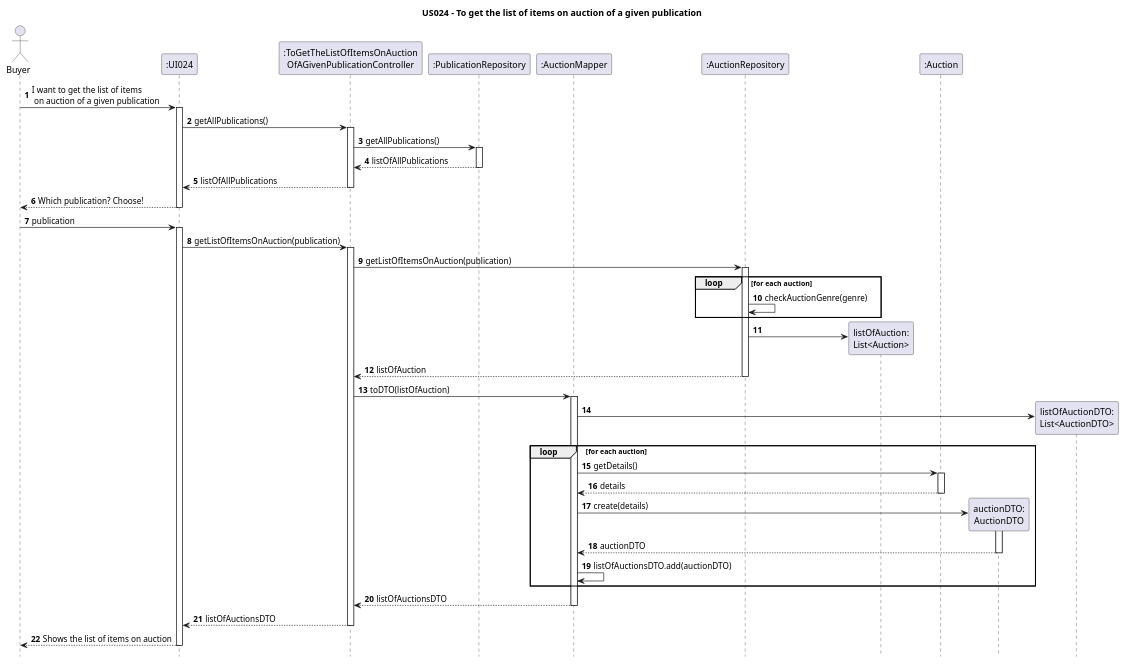
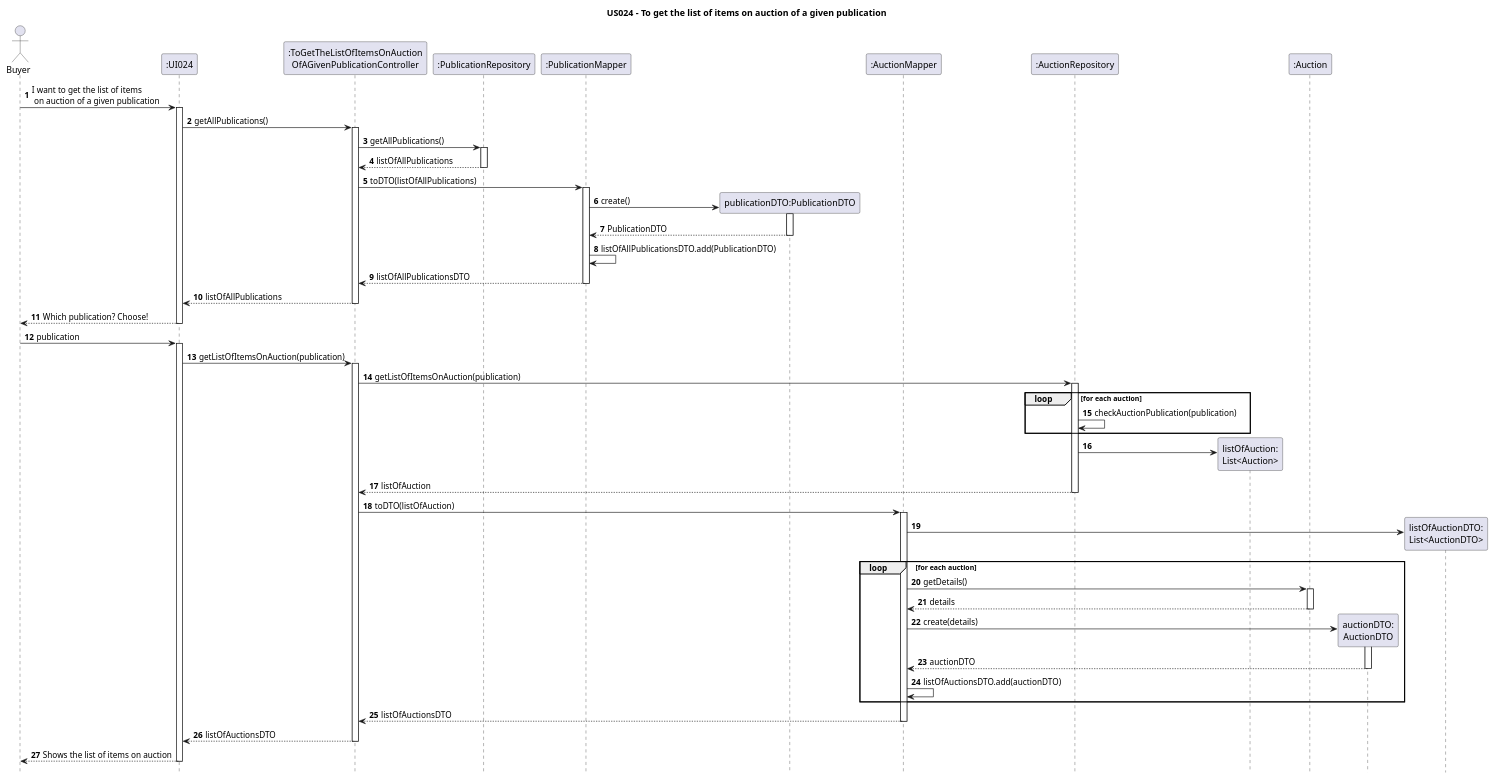
Before and after one commit to AndrePereiraGitH/SWitCH-Project-Team_A: the diagram in Diagrams/SequenceDiagrams/N2/US024-to-get-the-list-of-items-on-auction-of-a-given-publication.puml, drawn with PlantUML.

Commit message:
Working on #72, updated SD for US024

```diff
--- a/Diagrams/SequenceDiagrams/N2/US024-to-get-the-list-of-items-on-auction-of-a-given-publication.puml
+++ b/Diagrams/SequenceDiagrams/N2/US024-to-get-the-list-of-items-on-auction-of-a-given-publication.puml
@@ -1,77 +1,91 @@
 @startuml
 
 hide footbox
 autonumber
 title US024 - To get the list of items on auction of a given publication
 
 ' Participants
 actor Buyer
 participant ":UI024" as UI024
 participant ":ToGetTheListOfItemsOnAuction\nOfAGivenPublicationController" as Ctrl
 participant ":PublicationRepository" as PublicationRepository
+participant ":PublicationMapper" as PubMapper
+participant "publicationDTO:PublicationDTO" as PubDTO
 participant ":AuctionMapper" as Mapper
 participant ":AuctionRepository" as AuctionRepository
 participant "listOfAuction:\nList<Auction>" as ListAuc
 participant ":Auction" as AucDomain
 participant "auctionDTO:\nAuctionDTO" as DTO
 participant "listOfAuctionDTO:\nList<AuctionDTO>" as ListDTO
 
 'Interactions
 Buyer -> UI024 : I want to get the list of items\n on auction of a given publication
 activate UI024
 UI024 -> Ctrl: getAllPublications()
 activate Ctrl
 Ctrl -> PublicationRepository: getAllPublications()
 activate PublicationRepository
 PublicationRepository --> Ctrl: listOfAllPublications
+deactivate PublicationRepository
 
-deactivate PublicationRepository
+Ctrl -> PubMapper: toDTO(listOfAllPublications)
+activate PubMapper
+'PubMapper -> PubDTO
+PubMapper -> PubDTO ** : create()
+activate PubDTO
+PubDTO --> PubMapper: PublicationDTO
+deactivate PubDTO
+PubMapper -> PubMapper : listOfAllPublicationsDTO.add(PublicationDTO)
+PubMapper --> Ctrl: listOfAllPublicationsDTO
+deactivate PubMapper
+
+
 Ctrl --> UI024 : listOfAllPublications
 deactivate Ctrl
 Buyer <-- UI024 : Which publication? Choose!
 deactivate UI024
 Buyer -> UI024 : publication
 activate UI024
 UI024 -> Ctrl : getListOfItemsOnAuction(publication)
 activate Ctrl
 
 Ctrl -> AuctionRepository : getListOfItemsOnAuction(publication)
 activate AuctionRepository
 
 loop for each auction
-    AuctionRepository -> AuctionRepository : checkAuctionGenre(genre)
+    AuctionRepository -> AuctionRepository : checkAuctionPublication(publication)
 end
 
 AuctionRepository -> ListAuc ** :
 AuctionRepository --> Ctrl : listOfAuction
 
 deactivate AuctionRepository
 
 Ctrl -> Mapper : toDTO(listOfAuction)
 activate Mapper
 Mapper -> ListDTO ** :
 
     loop for each auction
         Mapper -> AucDomain : getDetails()
         activate AucDomain
         AucDomain --> Mapper : details
         deactivate AucDomain
 
         Mapper -> DTO ** : create(details)
         activate DTO
         DTO --> Mapper : auctionDTO
         deactivate DTO
 
         Mapper -> Mapper : listOfAuctionsDTO.add(auctionDTO)
     end
 
 Mapper --> Ctrl : listOfAuctionsDTO
 deactivate Mapper
 
 Ctrl --> UI024 : listOfAuctionsDTO
 deactivate Ctrl
 
 UI024 --> Buyer : Shows the list of items on auction
 deactivate UI024
 
 @enduml
```
